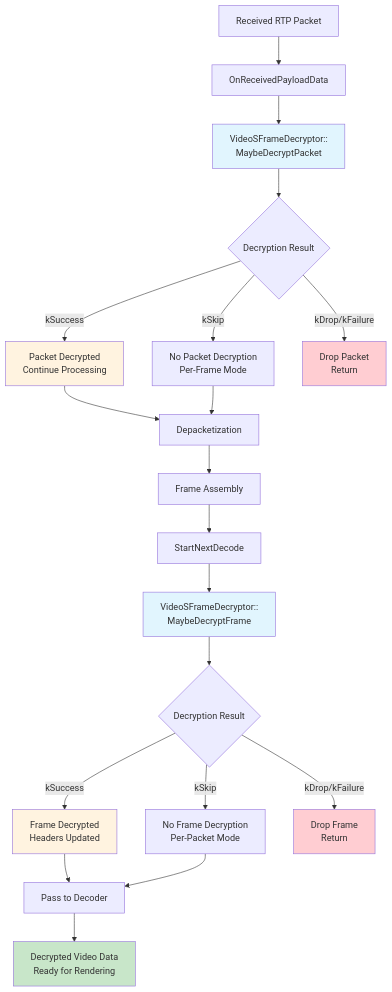
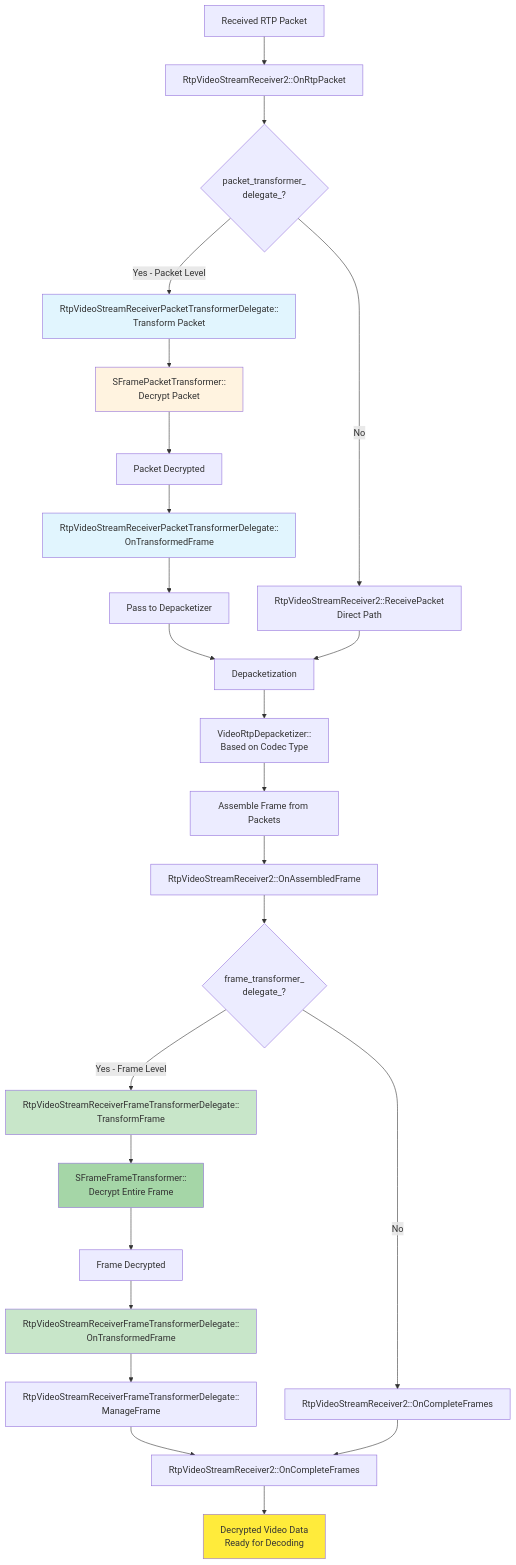
Before and after one commit to webex/webrtc-sframe: the third of 3 diagrams in video-receiver.md, drawn with Mermaid. The commit also changed other lines of this file and 7 other files, not shown here.

Commit message:
reuse frame transform interfaces for packet transformation

````diff
--- a/video-receiver.md
+++ b/video-receiver.md
@@ -455,40 +432,52 @@
 ```mermaid
 flowchart TD
-    A[Received RTP Packet] --> B[OnReceivedPayloadData]
+    A[Received RTP Packet] --> B[RtpVideoStreamReceiver2::OnRtpPacket]
     
-    B --> C[VideoSFrameDecryptor::<br/>MaybeDecryptPacket]
+    B --> C{packet_transformer_<br/>delegate_?}
     
-    C --> C1{Decryption Result}
+    C -->|Yes - Packet Level| D[RtpVideoStreamReceiverPacketTransformerDelegate::<br/>Transform Packet]
+    C -->|No| E[RtpVideoStreamReceiver2::ReceivePacket<br/>Direct Path]
     
-    C1 -->|kSuccess| D[Packet Decrypted<br/>Continue Processing]
-    C1 -->|kSkip| E[No Packet Decryption<br/>Per-Frame Mode]
-    C1 -->|kDrop/kFailure| Z[Drop Packet<br/>Return]
+    D --> F[SFramePacketTransformer::<br/>Decrypt Packet]
     
-    D --> F[Depacketization]
-    E --> F
+    F --> G[Packet Decrypted]
     
-    F --> G[Frame Assembly]
+    G --> H[RtpVideoStreamReceiverPacketTransformerDelegate::<br/>OnTransformedFrame]
     
-    G --> H[StartNextDecode]
+    H --> I[Pass to Depacketizer]
     
-    H --> I[VideoSFrameDecryptor::<br/>MaybeDecryptFrame]
+    I --> J[Depacketization]
+    E --> J
     
-    I --> I1{Decryption Result}
+    J --> K[VideoRtpDepacketizer::<br/>Based on Codec Type]
     
-    I1 -->|kSuccess| J[Frame Decrypted<br/>Headers Updated]
-    I1 -->|kSkip| K[No Frame Decryption<br/>Per-Packet Mode]
-    I1 -->|kDrop/kFailure| Z1[Drop Frame<br/>Return]
+    K --> L[Assemble Frame from Packets]
     
-    J --> L[Pass to Decoder]
-    K --> L
+    L --> M[RtpVideoStreamReceiver2::OnAssembledFrame]
     
-    L --> M[Decrypted Video Data<br/>Ready for Rendering]
+    M --> N{frame_transformer_<br/>delegate_?}
     
-    style C fill:#e1f5fe
-    style D fill:#fff3e0
-    style I fill:#e1f5fe
-    style J fill:#fff3e0
-    style M fill:#c8e6c9
-    style Z fill:#ffcdd2
-    style Z1 fill:#ffcdd2
+    N -->|Yes - Frame Level| O[RtpVideoStreamReceiverFrameTransformerDelegate::<br/>TransformFrame]
+    N -->|No| P[RtpVideoStreamReceiver2::OnCompleteFrames]
+    
+    O --> Q[SFrameFrameTransformer::<br/>Decrypt Entire Frame]
+    
+    Q --> R[Frame Decrypted]
+    
+    R --> S[RtpVideoStreamReceiverFrameTransformerDelegate::<br/>OnTransformedFrame]
+    
+    S --> T[RtpVideoStreamReceiverFrameTransformerDelegate::<br/>ManageFrame]
+    
+    T --> U[RtpVideoStreamReceiver2::OnCompleteFrames]
+    P --> U
+    
+    U --> V[Decrypted Video Data<br/>Ready for Decoding]
+    
+    style D fill:#e1f5fe
+    style F fill:#fff3e0
+    style H fill:#e1f5fe
+    style O fill:#c8e6c9
+    style Q fill:#a5d6a7
+    style S fill:#c8e6c9
+    style V fill:#ffeb3b
 ```
````
